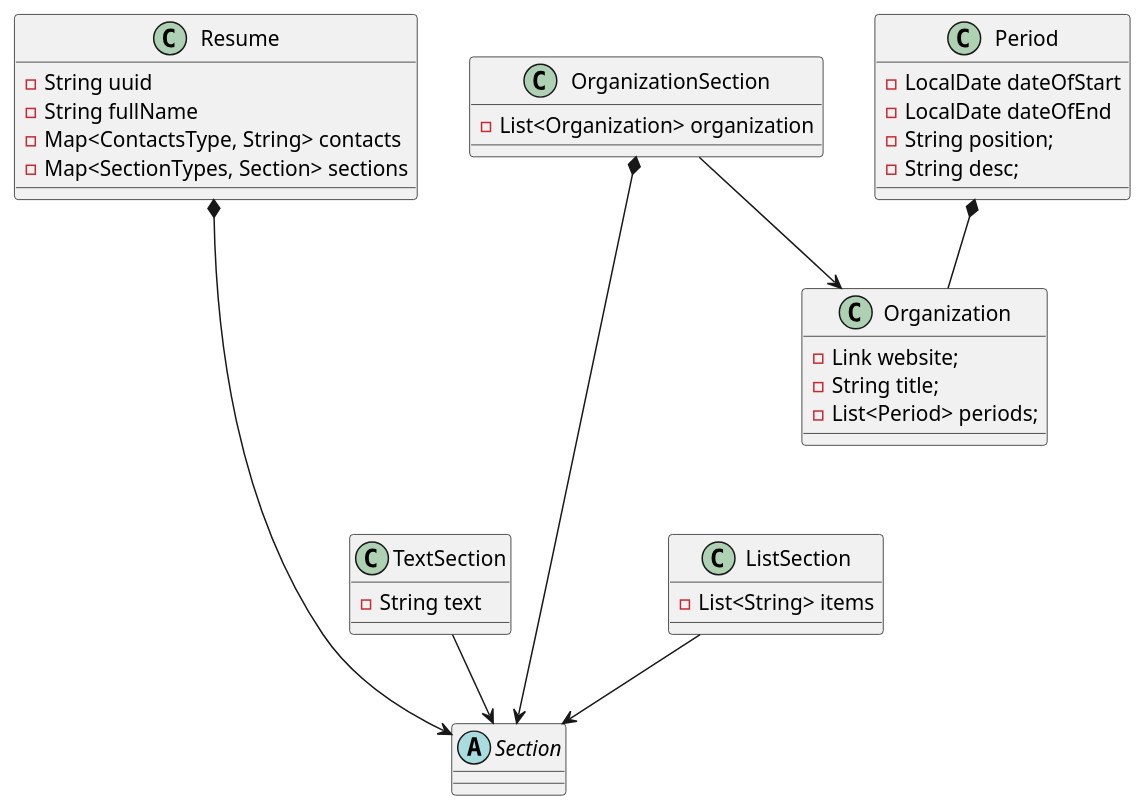
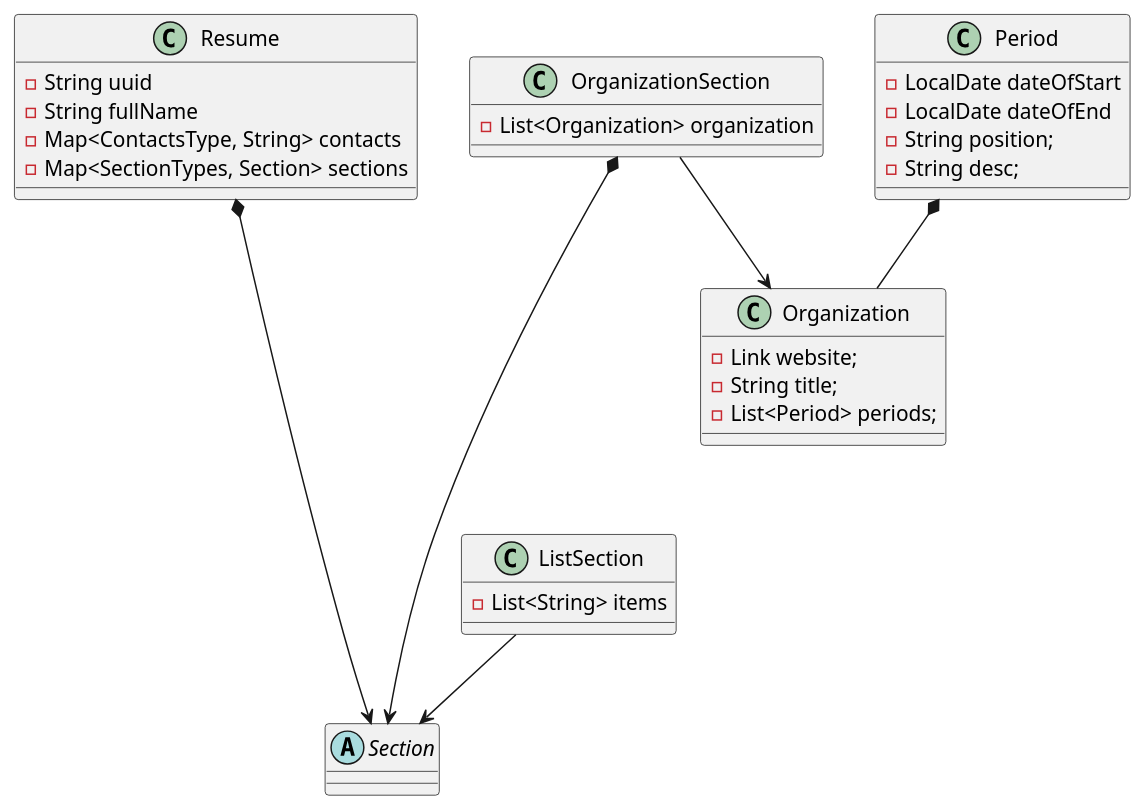
The diagram in target/classes/com/basejava/webapp/model/DomainObject.puml (areal1ty/basejava), drawn with PlantUML before and after one commit. The commit also changed 61 other files, not shown here.

```diff
--- a/target/classes/com/basejava/webapp/model/DomainObject.puml
+++ b/target/classes/com/basejava/webapp/model/DomainObject.puml
@@ -1,39 +1,36 @@
 @startuml
 'https://plantuml.com/class-diagram
 
 abstract class Section
 class Resume {
 -String uuid
 -String fullName
 -Map<ContactsType, String> contacts
 -Map<SectionTypes, Section> sections
 }
 
 class Organization {
     - Link website;
     - String title;
     - List<Period> periods;
 }
 class Period {
     - LocalDate dateOfStart
     - LocalDate dateOfEnd
     - String position;
     - String desc;
 }
-class TextSection {
--String text
-}
+
 class OrganizationSection {
 -List<Organization> organization
 }
 class ListSection {
 -List<String> items
 }
 
-TextSection --> Section
 OrganizationSection *----> Section
 ListSection --> Section
 Resume *----> Section
 OrganizationSection --> Organization
 Period *-- Organization
 @enduml
```
